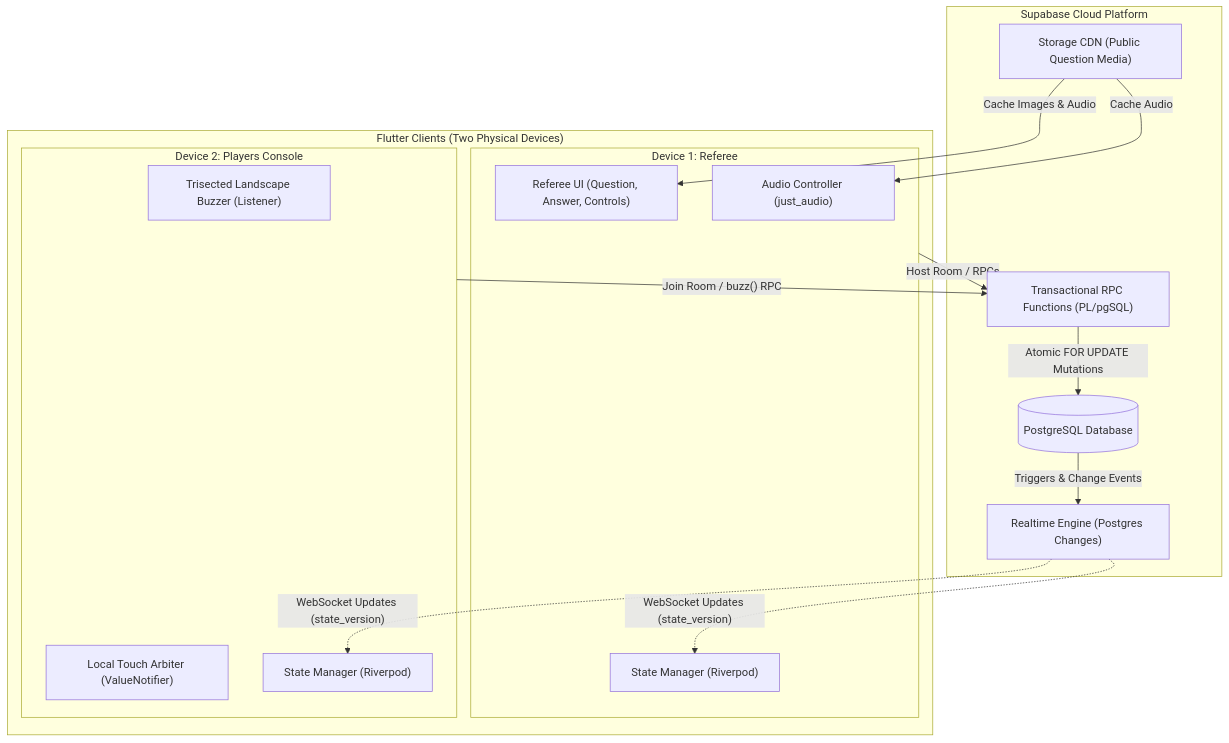
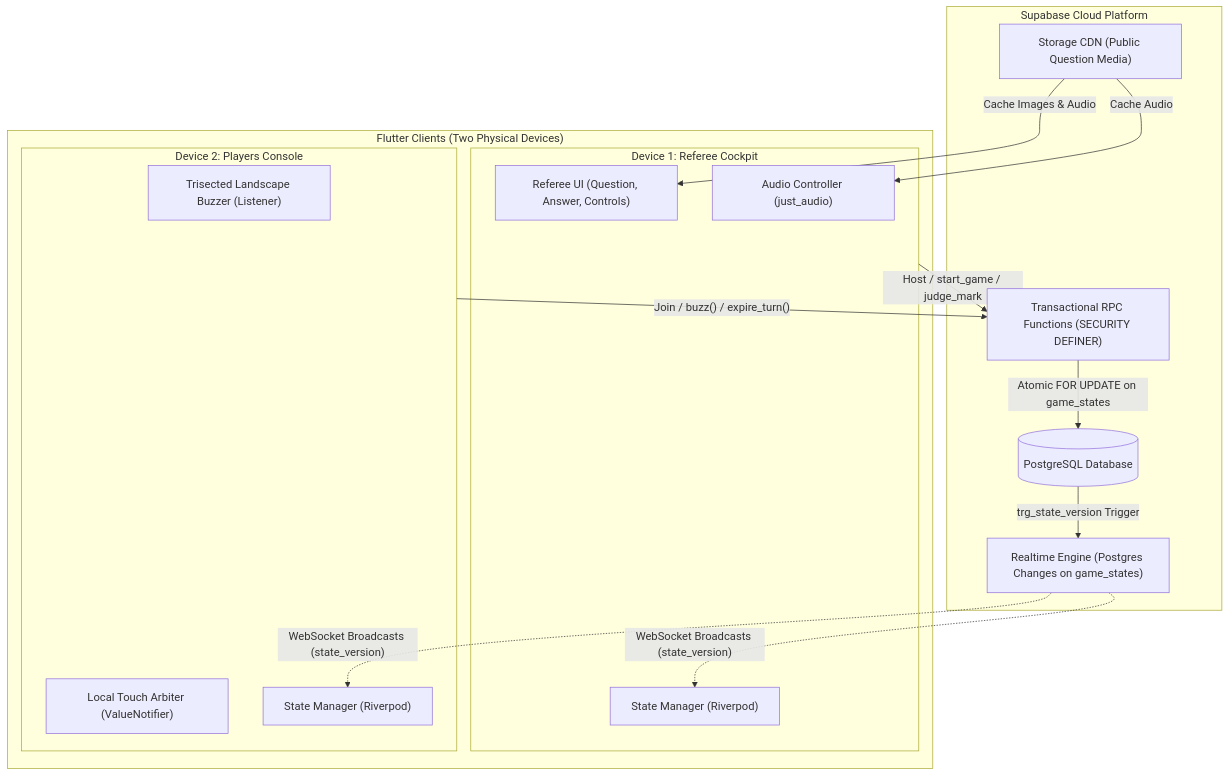
The diagram in docs/designs/quiz_buzzer_2device_architecture.md (YakootShaker/casino), drawn with Mermaid before and after one commit. The commit also changed other lines of this file and 6 other files, not shown here.

Commit message:
docs: complete production-ready 2-device quiz buzzer architecture and EGM review reports

````diff
--- a/docs/designs/quiz_buzzer_2device_architecture.md
+++ b/docs/designs/quiz_buzzer_2device_architecture.md
@@ -128,31 +139,31 @@
 ```mermaid
 flowchart TD
     subgraph Clients["Flutter Clients (Two Physical Devices)"]
-        subgraph Dev1["Device 1: Referee"]
+        subgraph Dev1["Device 1: Referee Cockpit"]
             RefUI["Referee UI (Question, Answer, Controls)"]
             RefState["State Manager (Riverpod)"]
             RefAudio["Audio Controller (just_audio)"]
         end
         subgraph Dev2["Device 2: Players Console"]
             ConsoleUI["Trisected Landscape Buzzer (Listener)"]
             TouchArb["Local Touch Arbiter (ValueNotifier)"]
             ConsoleState["State Manager (Riverpod)"]
         end
     end
 
     subgraph Supabase["Supabase Cloud Platform"]
-        Realtime["Realtime Engine (Postgres Changes)"]
-        RPC["Transactional RPC Functions (PL/pgSQL)"]
+        Realtime["Realtime Engine (Postgres Changes on game_states)"]
+        RPC["Transactional RPC Functions (SECURITY DEFINER)"]
         Postgres[(PostgreSQL Database)]
         Storage["Storage CDN (Public Question Media)"]
     end
 
-    Dev1 -->|"Host Room / RPCs"| RPC
-    Dev2 -->|"Join Room / buzz() RPC"| RPC
-    RPC -->|"Atomic FOR UPDATE Mutations"| Postgres
-    Postgres -->|"Triggers & Change Events"| Realtime
-    Realtime -.->|"WebSocket Updates (state_version)"| RefState
-    Realtime -.->|"WebSocket Updates (state_version)"| ConsoleState
+    Dev1 -->|"Host / start_game / judge_mark"| RPC
+    Dev2 -->|"Join / buzz() / expire_turn()"| RPC
+    RPC -->|"Atomic FOR UPDATE on game_states"| Postgres
+    Postgres -->|"trg_state_version Trigger"| Realtime
+    Realtime -.->|"WebSocket Broadcasts (state_version)"| RefState
+    Realtime -.->|"WebSocket Broadcasts (state_version)"| ConsoleState
     Storage -->|"Cache Images & Audio"| RefUI
     Storage -->|"Cache Audio"| RefAudio
 ```
````
